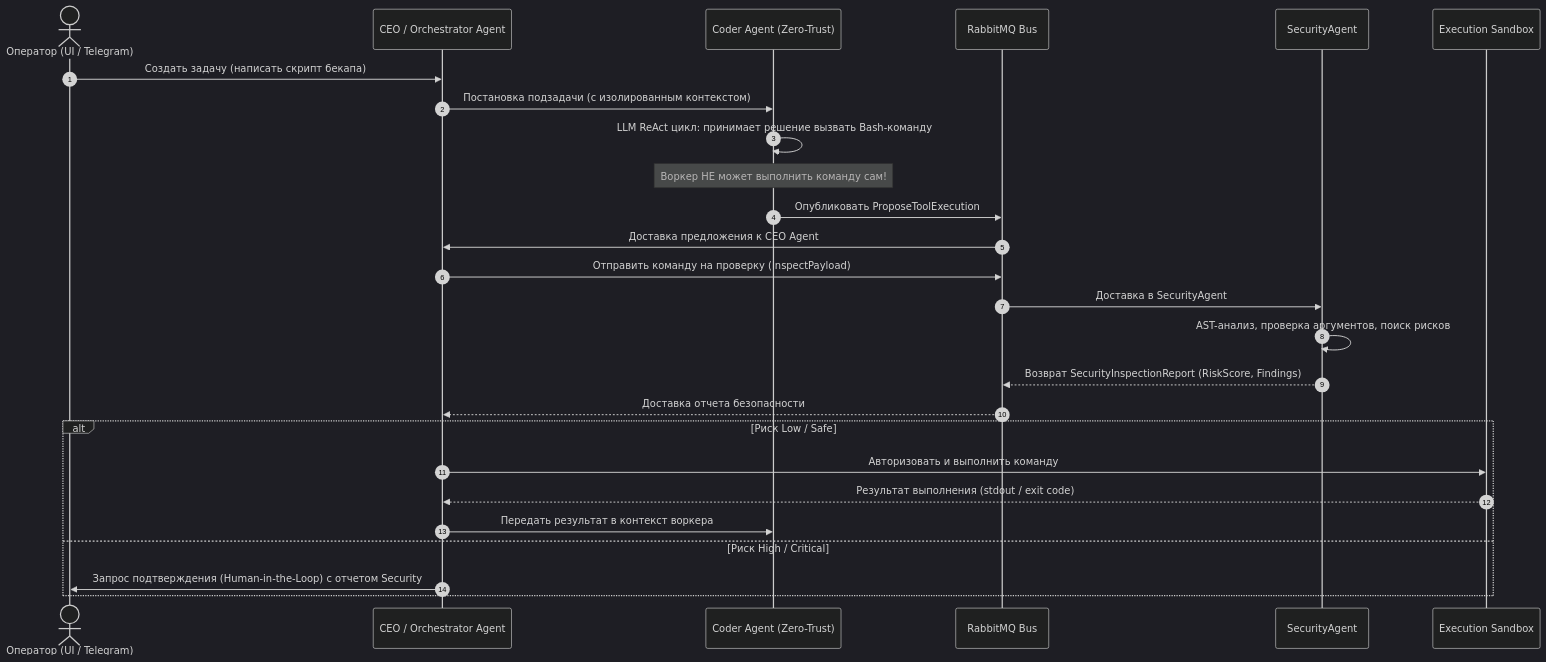
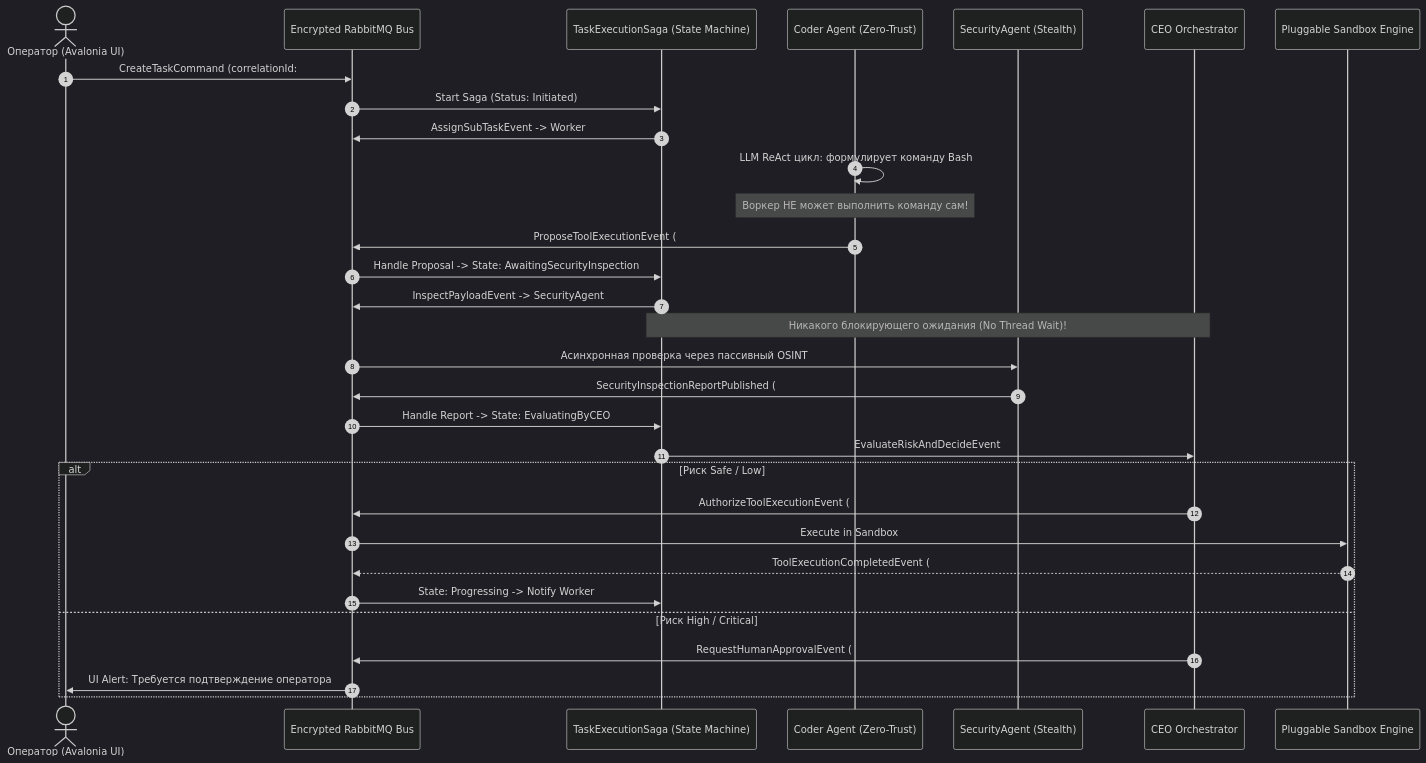
The diagram in docs/plans/04-agent-mesh-proposals.md (abberdeen/CyberPipe), drawn with Mermaid (dark theme) before and after one commit. The commit also changed other lines of this file and 10 other files, not shown here.

First line of the commit message:
Harden CyberPipe architecture and orchestration

````diff
--- a/docs/plans/04-agent-mesh-proposals.md
+++ b/docs/plans/04-agent-mesh-proposals.md
@@ -11,29 +9,38 @@
 ```mermaid
 sequenceDiagram
     autonumber
-    actor User as Оператор (UI / Telegram)
-    participant CEO as CEO / Orchestrator Agent
+    actor User as Оператор (Avalonia UI)
+    participant Bus as Encrypted RabbitMQ Bus
+    participant Saga as TaskExecutionSaga (State Machine)
     participant Worker as Coder Agent (Zero-Trust)
-    participant Bus as RabbitMQ Bus
-    participant Sec as SecurityAgent
-    participant Exec as Execution Sandbox
+    participant Sec as SecurityAgent (Stealth)
+    participant CEO as CEO Orchestrator
+    participant Sandbox as Pluggable Sandbox Engine
 
-    User->>CEO: Создать задачу (написать скрипт бекапа)
-    CEO->>Worker: Постановка подзадачи (с изолированным контекстом)
-    Worker->>Worker: LLM ReAct цикл: принимает решение вызвать Bash-команду
+    User->>Bus: CreateTaskCommand (correlationId: #101)
+    Bus->>Saga: Start Saga (Status: Initiated)
+    Saga->>Bus: AssignSubTaskEvent -> Worker
+    Worker->>Worker: LLM ReAct цикл: формулирует команду Bash
     Note over Worker: Воркер НЕ может выполнить команду сам!
-    Worker->>Bus: Опубликовать ProposeToolExecution
-    Bus->>CEO: Доставка предложения к CEO Agent
-    CEO->>Bus: Отправить команду на проверку (InspectPayload)
-    Bus->>Sec: Доставка в SecurityAgent
-    Sec->>Sec: AST-анализ, проверка аргументов, поиск рисков
-    Sec-->>Bus: Возврат SecurityInspectionReport (RiskScore, Findings)
-    Bus-->>CEO: Доставка отчета безопасности
-    alt Риск Low / Safe
-        CEO->>Exec: Авторизовать и выполнить команду
-        Exec-->>CEO: Результат выполнения (stdout / exit code)
-        CEO->>Worker: Передать результат в контекст воркера
+    Worker->>Bus: ProposeToolExecutionEvent (#101, Tool: "bash", Script)
+    
+    Bus->>Saga: Handle Proposal -> State: AwaitingSecurityInspection
+    Saga->>Bus: InspectPayloadEvent -> SecurityAgent
+    Note over Saga,CEO: Никакого блокирующего ожидания (No Thread Wait)!
+    
+    Bus->>Sec: Асинхронная проверка через пассивный OSINT
+    Sec->>Bus: SecurityInspectionReportPublished (#101, RiskScore, Findings)
+    
+    Bus->>Saga: Handle Report -> State: EvaluatingByCEO
+    Saga->>CEO: EvaluateRiskAndDecideEvent
+    
+    alt Риск Safe / Low
+        CEO->>Bus: AuthorizeToolExecutionEvent (#101, Backend: "Docker")
+        Bus->>Sandbox: Execute in Sandbox
+        Sandbox-->>Bus: ToolExecutionCompletedEvent (#101, Stdout)
+        Bus->>Saga: State: Progressing -> Notify Worker
     else Риск High / Critical
-        CEO->>User: Запрос подтверждения (Human-in-the-Loop) с отчетом Security
+        CEO->>Bus: RequestHumanApprovalEvent (#101, Findings)
+        Bus->>User: UI Alert: Требуется подтверждение оператора
     end
 ```
````
